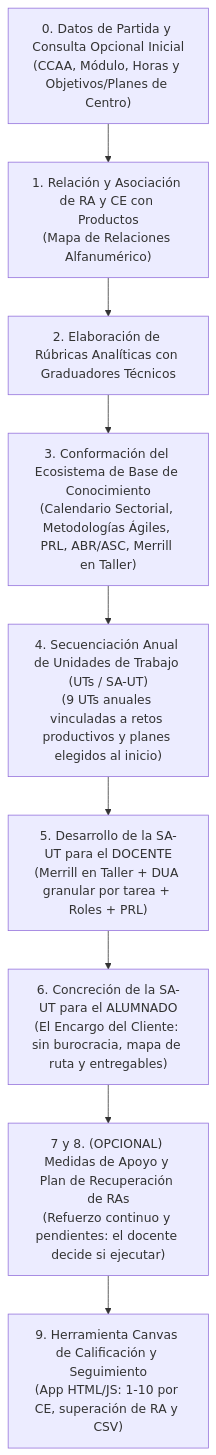
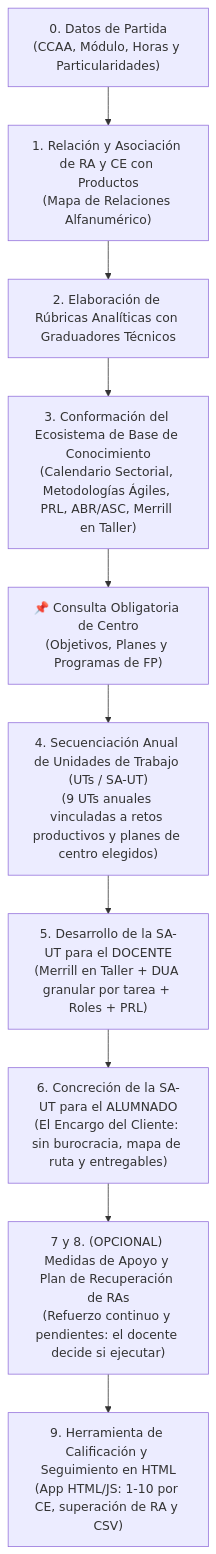
The diagram in docs/guia_elaboracion_programaciones_y_ut_fp.md (nmarafo/OpenDidactia), drawn with Mermaid before and after one commit. The commit also changed other lines of this file and 31 other files, not shown here.

Commit message:
feat(ccaa): sincronizar cobertura curricular nacional de las 17 CCAA con open-lex-edu y actualizar README

````diff
--- a/docs/guia_elaboracion_programaciones_y_ut_fp.md
+++ b/docs/guia_elaboracion_programaciones_y_ut_fp.md
@@ -30,11 +30,12 @@
 ```mermaid
 graph TD
-    DP["0. Datos de Partida y Consulta Opcional Inicial<br>(CCAA, Módulo, Horas y Objetivos/Planes de Centro)"] --> A["1. Relación y Asociación de RA y CE con Productos<br>(Mapa de Relaciones Alfanumérico)"]
+    DP["0. Datos de Partida<br>(CCAA, Módulo, Horas y Particularidades)"] --> A["1. Relación y Asociación de RA y CE con Productos<br>(Mapa de Relaciones Alfanumérico)"]
     A --> B["2. Elaboración de Rúbricas Analíticas con Graduadores Técnicos"]
     B --> C["3. Conformación del Ecosistema de Base de Conocimiento<br>(Calendario Sectorial, Metodologías Ágiles, PRL, ABR/ASC, Merrill en Taller)"]
-    C --> D["4. Secuenciación Anual de Unidades de Trabajo (UTs / SA-UT)<br>(9 UTs anuales vinculadas a retos productivos y planes elegidos al inicio)"]
+    C --> CON["📌 Consulta Obligatoria de Centro<br>(Objetivos, Planes y Programas de FP)"]
+    CON --> D["4. Secuenciación Anual de Unidades de Trabajo (UTs / SA-UT)<br>(9 UTs anuales vinculadas a retos productivos y planes de centro elegidos)"]
     D --> E["5. Desarrollo de la SA-UT para el DOCENTE<br>(Merrill en Taller + DUA granular por tarea + Roles + PRL)"]
     E --> F["6. Concreción de la SA-UT para el ALUMNADO<br>(El Encargo del Cliente: sin burocracia, mapa de ruta y entregables)"]
     F --> G["7 y 8. (OPCIONAL) Medidas de Apoyo y Plan de Recuperación de RAs<br>(Refuerzo continuo y pendientes: el docente decide si ejecutar)"]
-    G --> I["9. Herramienta Canvas de Calificación y Seguimiento<br>(App HTML/JS: 1-10 por CE, superación de RA y CSV)"]
+    G --> I["9. Herramienta de Calificación y Seguimiento en HTML<br>(App HTML/JS: 1-10 por CE, superación de RA y CSV)"]
 ```
````
